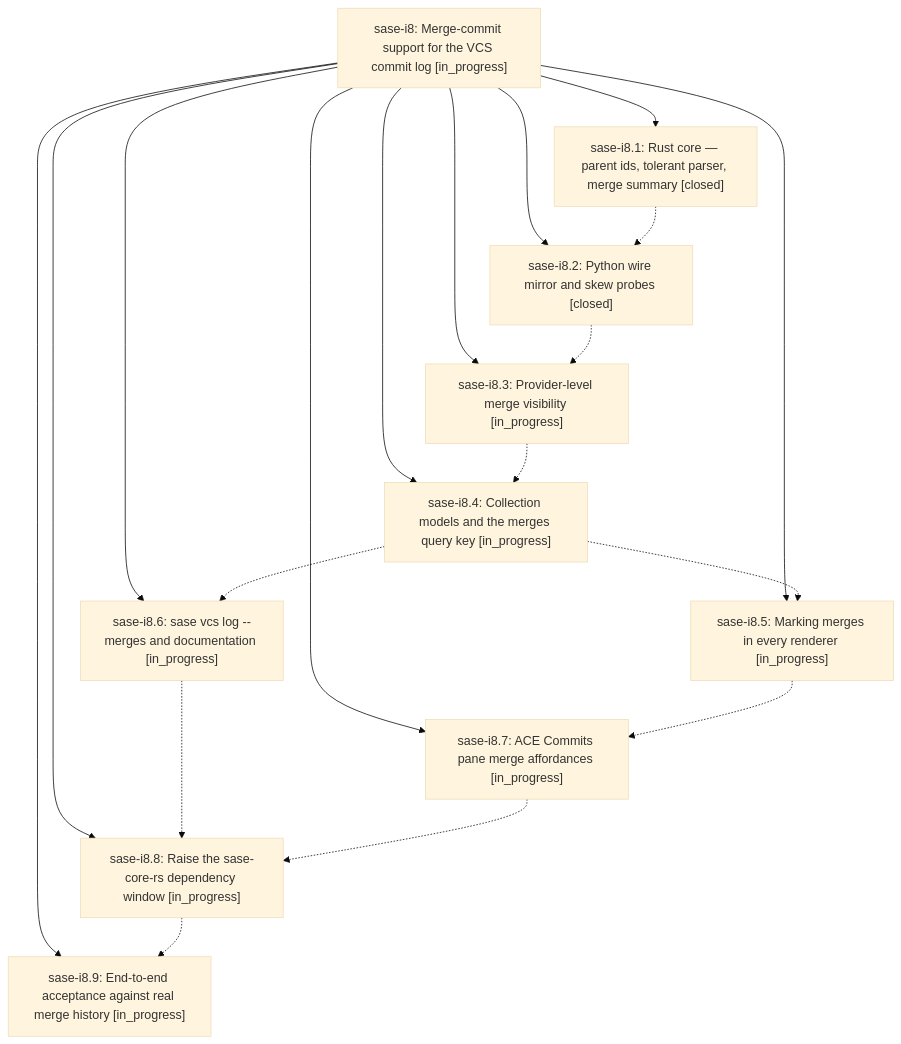
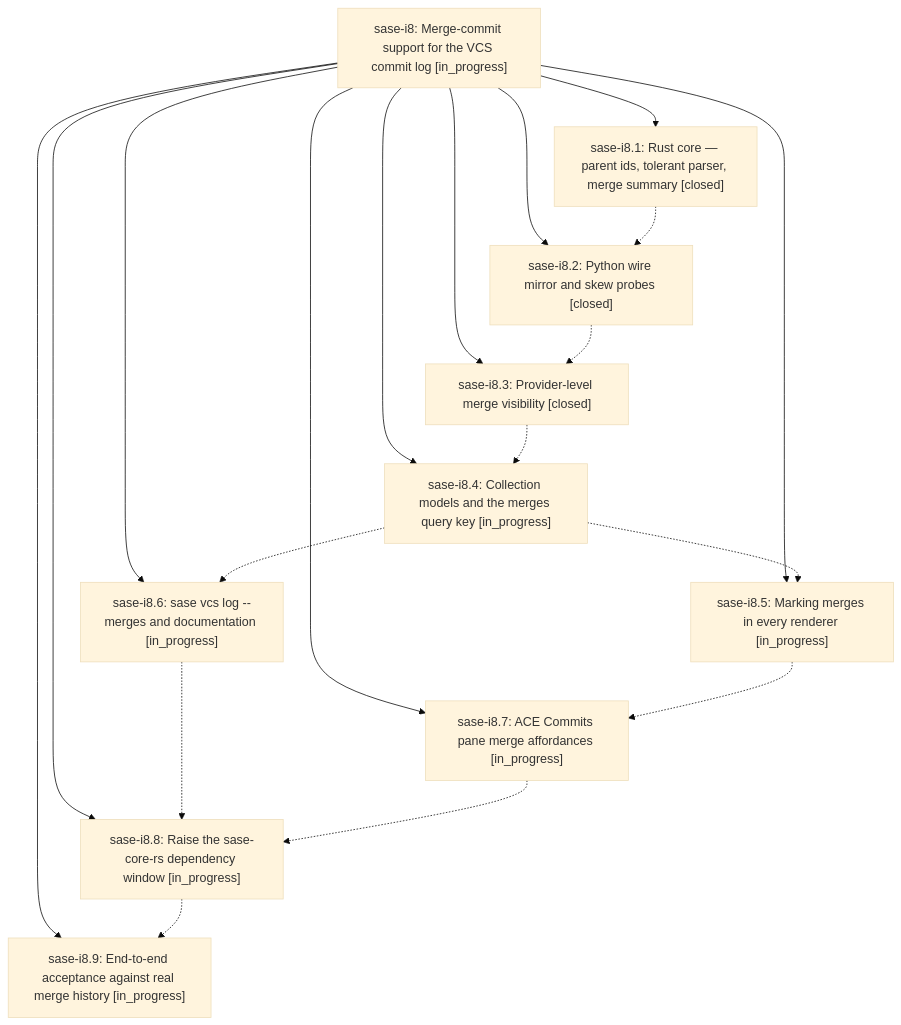
Before and after one commit to sase-org/sase--beads: the diagram in pages/sase-i8/README.md, drawn with Mermaid (base theme). The commit also changed other lines of this file and 3 other files, not shown here.

````diff
--- a/pages/sase-i8/README.md
+++ b/pages/sase-i8/README.md
@@ -30,31 +30,31 @@
 ```mermaid
 flowchart TD
     n0["sase-i8: Merge-commit support for the VCS commit log [in_progress]"]
     n1["sase-i8.1: Rust core — parent ids, tolerant parser, merge summary [closed]"]
     n2["sase-i8.2: Python wire mirror and skew probes [closed]"]
-    n3["sase-i8.3: Provider-level merge visibility [in_progress]"]
+    n3["sase-i8.3: Provider-level merge visibility [closed]"]
     n4["sase-i8.4: Collection models and the merges query key [in_progress]"]
     n5["sase-i8.5: Marking merges in every renderer [in_progress]"]
     n6["sase-i8.6: sase vcs log --merges and documentation [in_progress]"]
     n7["sase-i8.7: ACE Commits pane merge affordances [in_progress]"]
     n8["sase-i8.8: Raise the sase-core-rs dependency window [in_progress]"]
     n9["sase-i8.9: End-to-end acceptance against real merge history [in_progress]"]
     n0 --> n1
     n0 --> n2
     n0 --> n3
     n0 --> n4
     n0 --> n5
     n0 --> n6
     n0 --> n7
     n0 --> n8
     n0 --> n9
     n1 -.-> n2
     n2 -.-> n3
     n3 -.-> n4
     n4 -.-> n5
     n4 -.-> n6
     n5 -.-> n7
     n6 -.-> n8
     n7 -.-> n8
     n8 -.-> n9
 ```
````
